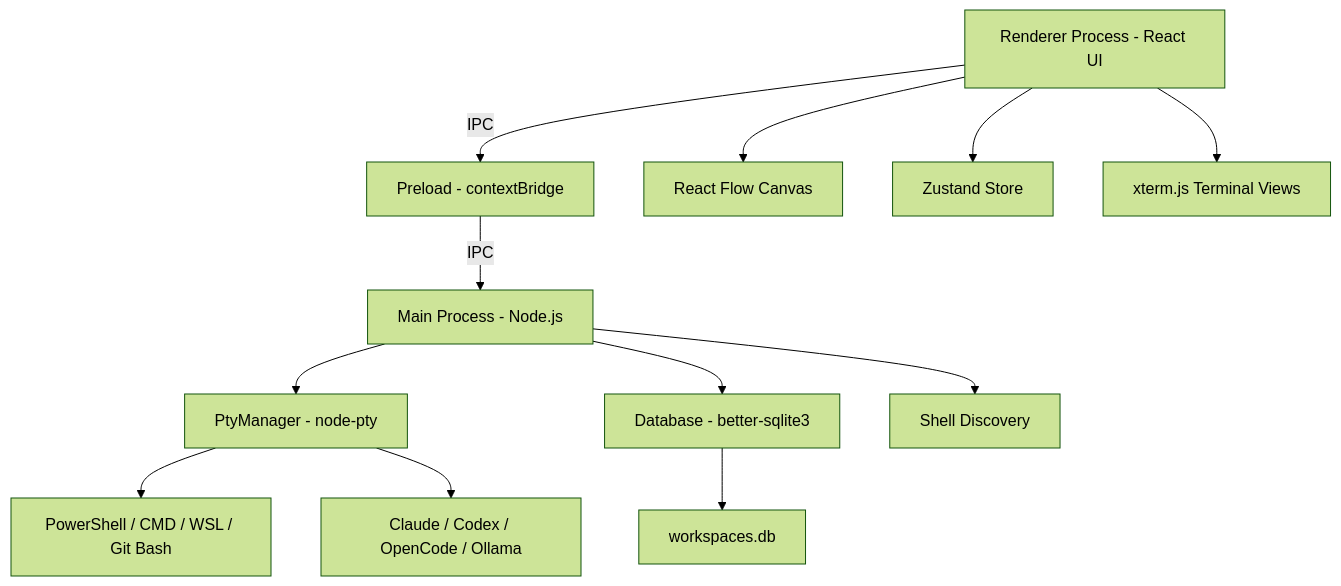
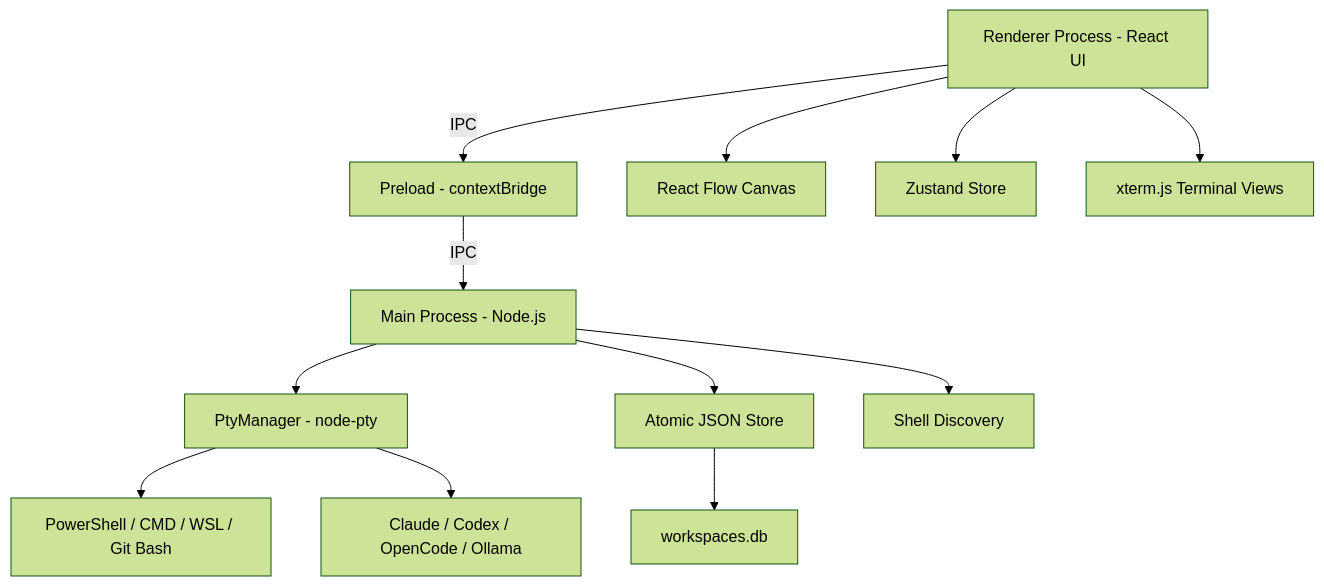
Before and after one commit to palamut62/termflow: the diagram in README.md, drawn with Mermaid (forest theme). The commit also changed other lines of this file and 26 other files, not shown here.

````diff
--- a/README.md
+++ b/README.md
@@ -90,14 +91,14 @@
 ```mermaid
 graph TD
     A[Renderer Process - React UI] -->|IPC| B[Preload - contextBridge]
     B -->|IPC| C[Main Process - Node.js]
     C --> D[PtyManager - node-pty]
-    C --> E[Database - better-sqlite3]
+    C --> E[Atomic JSON Store]
     C --> F[Shell Discovery]
     D --> G[PowerShell / CMD / WSL / Git Bash]
     D --> H[Claude / Codex / OpenCode / Ollama]
     E --> I[workspaces.db]
     A --> J[React Flow Canvas]
     A --> K[Zustand Store]
     A --> L[xterm.js Terminal Views]
 ```
````
